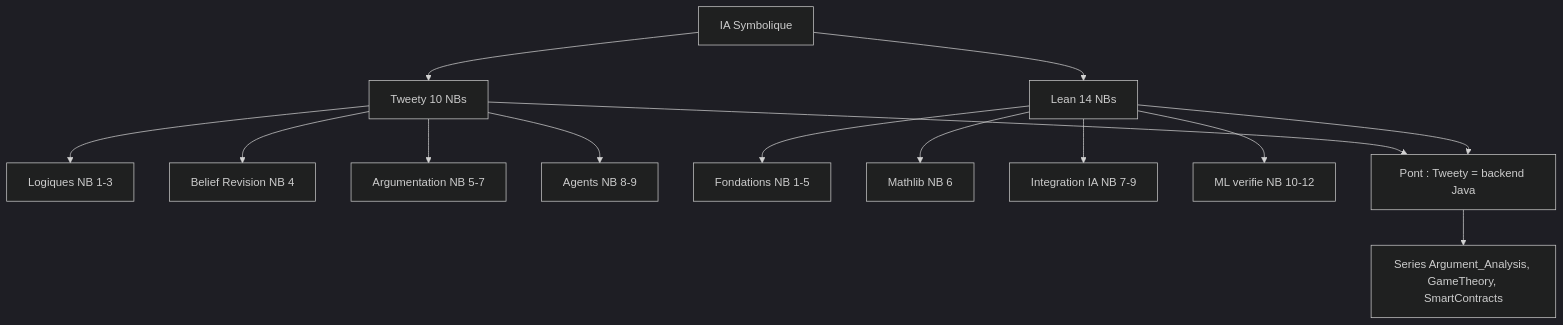
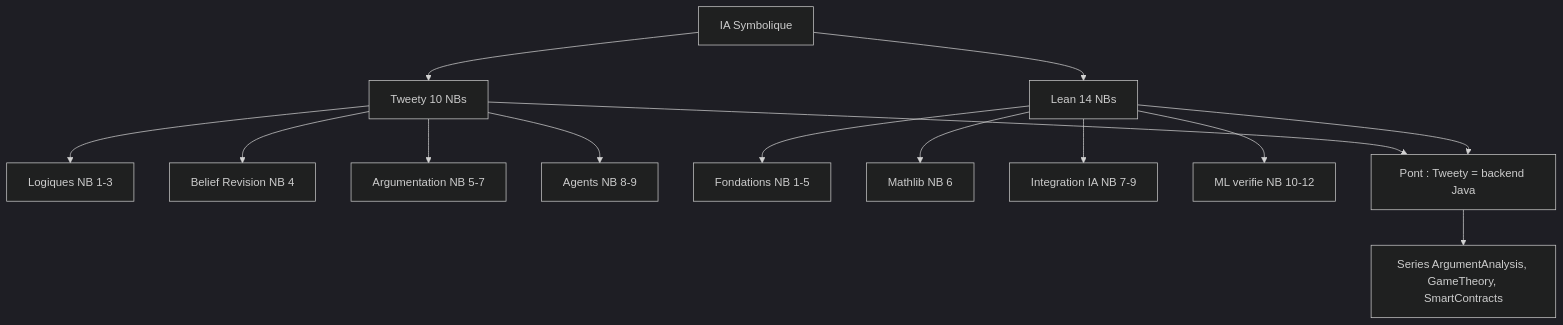
The diagram in slides/03-logique/slides.md (jsboige/CoursIA), drawn with Mermaid (dark theme) before and after one commit. The commit also changed other lines of this file and 184 other files, not shown here.

First line of the commit message:
Ren(25000): balayage des referents texte Argument_Analysis -> ArgumentAnalysis

````diff
--- a/slides/03-logique/slides.md
+++ b/slides/03-logique/slides.md
@@ -2316,19 +2316,19 @@
 ```mermaid
 graph TB
     A[IA Symbolique] --> B[Tweety 10 NBs]
     A --> C[Lean 14 NBs]
 
     B --> B1[Logiques NB 1-3]
     B --> B2[Belief Revision NB 4]
     B --> B3[Argumentation NB 5-7]
     B --> B4[Agents NB 8-9]
 
     C --> C1[Fondations NB 1-5]
     C --> C2[Mathlib NB 6]
     C --> C3[Integration IA NB 7-9]
     C --> C4[ML verifie NB 10-12]
 
     B --> D[Pont : Tweety = backend Java]
     C --> D
-    D --> E[Series Argument_Analysis, GameTheory, SmartContracts]
+    D --> E[Series ArgumentAnalysis, GameTheory, SmartContracts]
 ```
````
